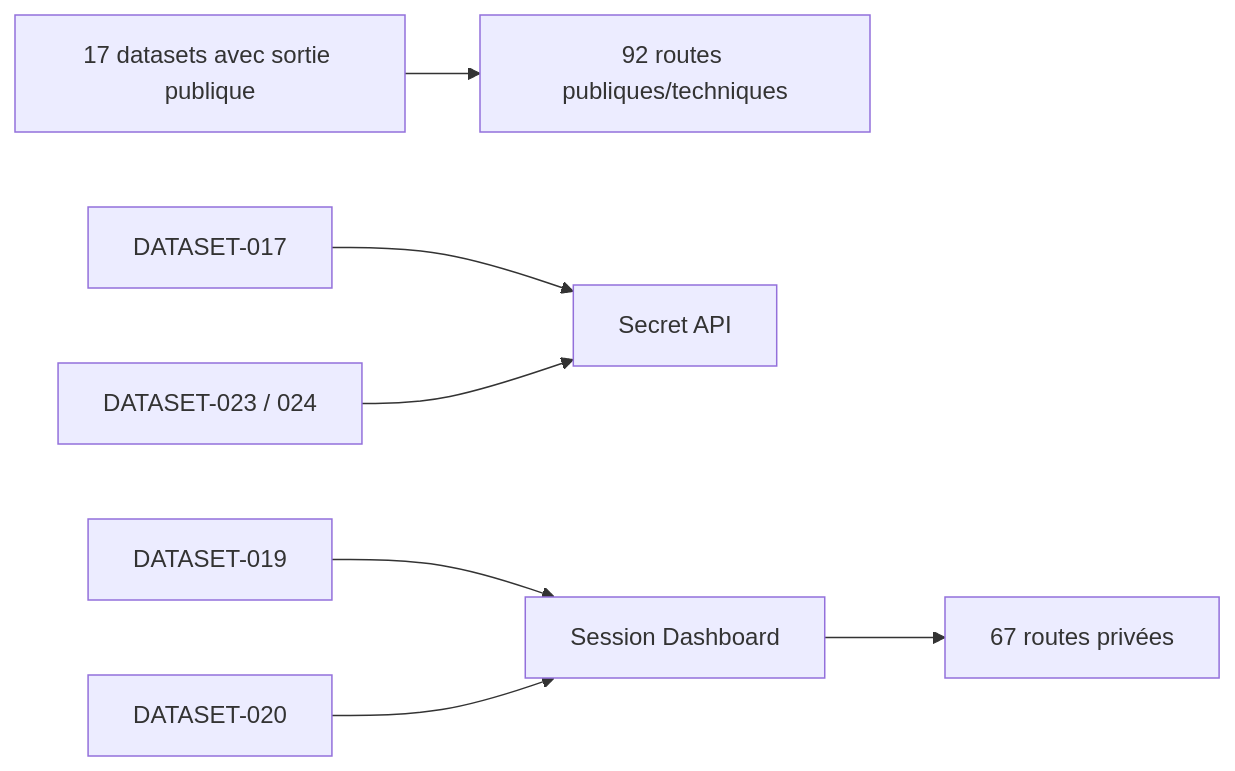
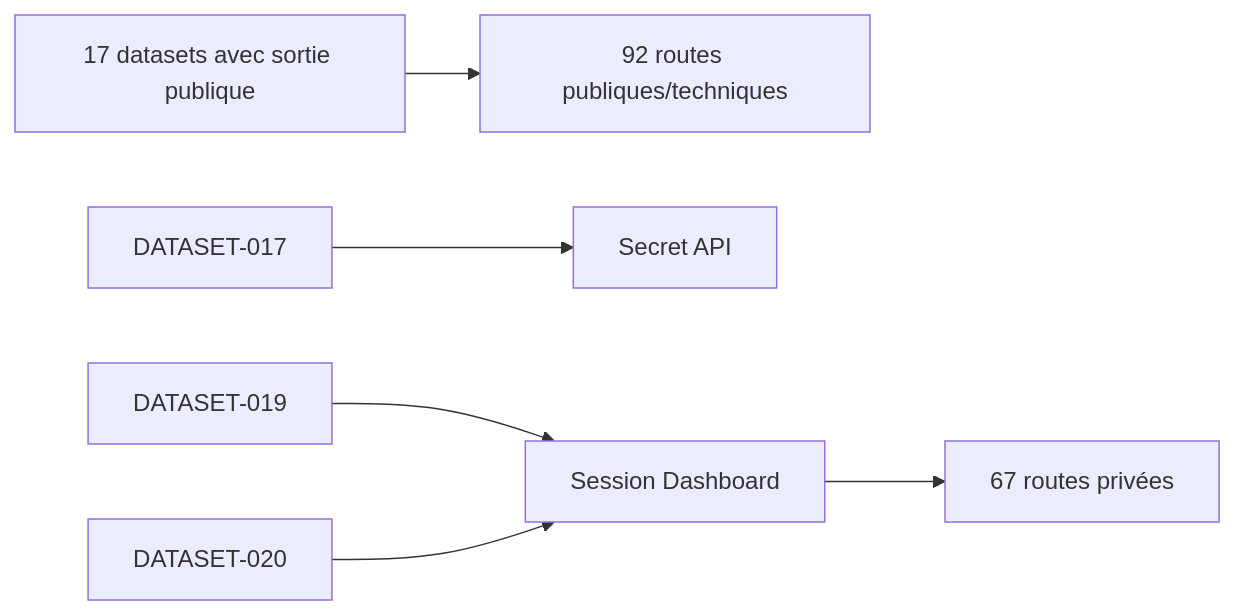
Before and after one commit to Matthieu-Vachet/dashboard_Admin: the diagram in docs/Tome 1 — Foundation (Fondations)/DOC-033-public-private-datasets.md, drawn with Mermaid. The commit also changed other lines of this file and 529 other files, not shown here.

````diff
--- a/docs/Tome 1 — Foundation (Fondations)/DOC-033-public-private-datasets.md
+++ b/docs/Tome 1 — Foundation (Fondations)/DOC-033-public-private-datasets.md
@@ -73,9 +72,8 @@
 ```mermaid
 flowchart LR
   PUB["17 datasets avec sortie publique"] --> API["92 routes publiques/techniques"]
   SHINY["DATASET-017"] --> SECRET["Secret API"]
   WATCH["DATASET-019"] --> SESSION["Session Dashboard"]
   TRAINER["DATASET-020"] --> SESSION
-  GM["DATASET-023 / 024"] --> SECRET
   SESSION --> PRIVATE["67 routes privées"]
 ```
````
